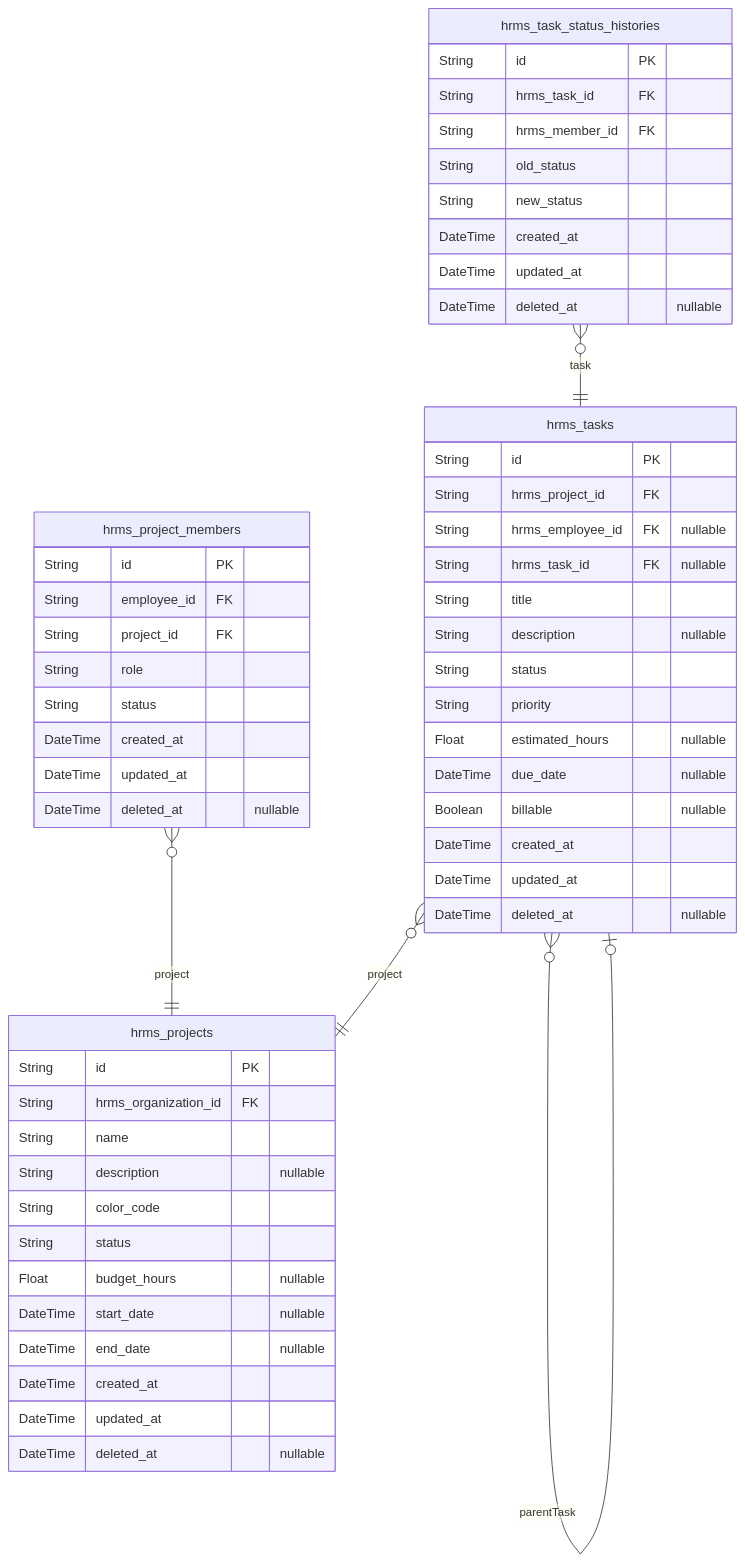
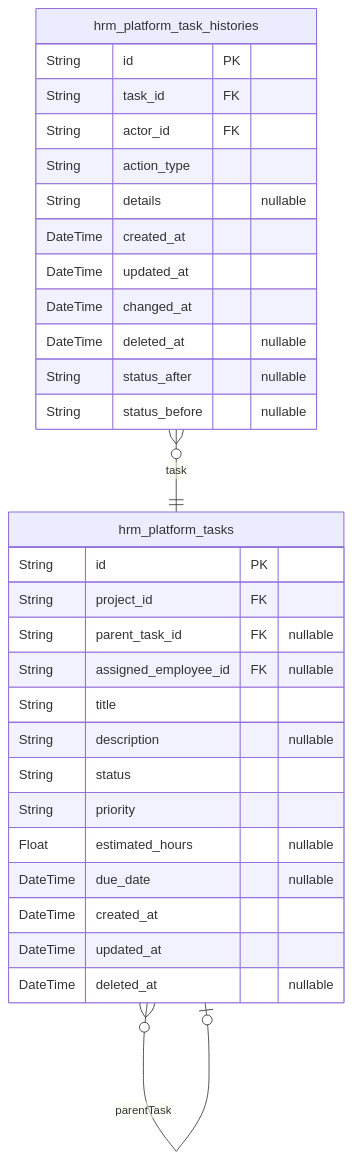
Before and after one commit to wrtnlabs/autobe-examples: the fifth of 8 diagrams in qwen/qwen3.5-35b-a3b/erp/docs/ERD.md, drawn with Mermaid. The commit also changed other lines of this file and 32093 other files, not shown here.

````diff
--- a/qwen/qwen3.5-35b-a3b/erp/docs/ERD.md
+++ b/qwen/qwen3.5-35b-a3b/erp/docs/ERD.md
@@ -771,57 +1587,33 @@
 ```mermaid
 erDiagram
-"hrms_projects" {
+"hrm_platform_tasks" {
   String id PK
-  String hrms_organization_id FK
-  String name
-  String description "nullable"
-  String color_code
-  String status
-  Float budget_hours "nullable"
-  DateTime start_date "nullable"
-  DateTime end_date "nullable"
-  DateTime created_at
-  DateTime updated_at
-  DateTime deleted_at "nullable"
-}
-"hrms_project_members" {
-  String id PK
-  String employee_id FK
   String project_id FK
-  String role
-  String status
-  DateTime created_at
-  DateTime updated_at
-  DateTime deleted_at "nullable"
-}
-"hrms_tasks" {
-  String id PK
-  String hrms_project_id FK
-  String hrms_employee_id FK "nullable"
-  String hrms_task_id FK "nullable"
+  String parent_task_id FK "nullable"
+  String assigned_employee_id FK "nullable"
   String title
   String description "nullable"
   String status
   String priority
   Float estimated_hours "nullable"
   DateTime due_date "nullable"
-  Boolean billable "nullable"
   DateTime created_at
   DateTime updated_at
   DateTime deleted_at "nullable"
 }
-"hrms_task_status_histories" {
+"hrm_platform_task_histories" {
   String id PK
-  String hrms_task_id FK
-  String hrms_member_id FK
-  String old_status
-  String new_status
+  String task_id FK
+  String actor_id FK
+  String action_type
+  String details "nullable"
   DateTime created_at
   DateTime updated_at
+  DateTime changed_at
   DateTime deleted_at "nullable"
+  String status_after "nullable"
+  String status_before "nullable"
 }
-"hrms_project_members" }o--|| "hrms_projects" : project
-"hrms_tasks" }o--|| "hrms_projects" : project
-"hrms_tasks" }o--o| "hrms_tasks" : parentTask
-"hrms_task_status_histories" }o--|| "hrms_tasks" : task
+"hrm_platform_tasks" }o--o| "hrm_platform_tasks" : parentTask
+"hrm_platform_task_histories" }o--|| "hrm_platform_tasks" : task
 ```
````
